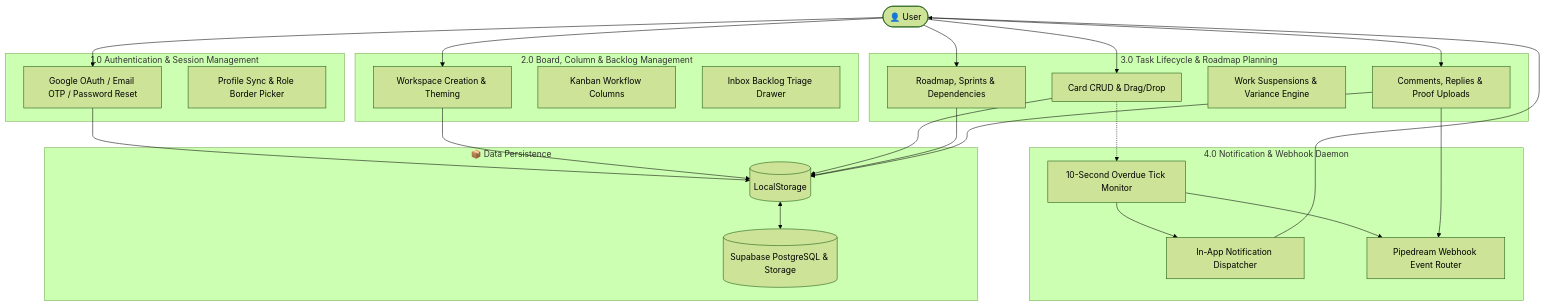
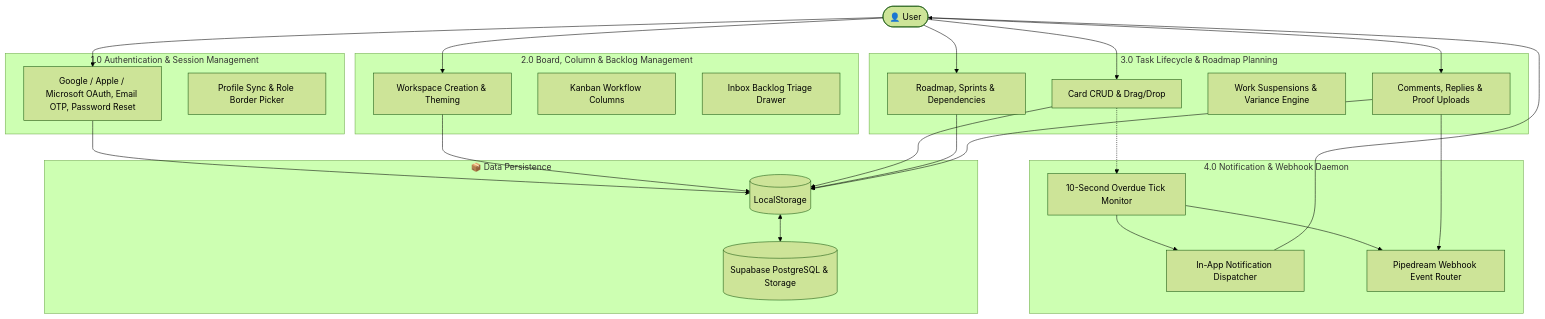
Before and after one commit to nextechph/Waypoint-by-NEXT: the third of 3 diagrams in README.md, drawn with Mermaid (forest theme). The commit also changed other lines of this file and 5 other files, not shown here.

First line of the commit message:
Add Apple and Microsoft sign-in

````diff
--- a/README.md
+++ b/README.md
@@ -237,53 +237,53 @@
 ```mermaid
 graph TD
     User([👤 User])
 
     subgraph P1 ["1.0 Authentication & Session Management"]
-        P1_1[Google OAuth / Email OTP / Password Reset]
+        P1_1[Google / Apple / Microsoft OAuth, Email OTP, Password Reset]
         P1_2[Profile Sync & Role Border Picker]
     end
 
     subgraph P2 ["2.0 Board, Column & Backlog Management"]
         P2_1[Workspace Creation & Theming]
         P2_2[Kanban Workflow Columns]
         P2_3[Inbox Backlog Triage Drawer]
     end
 
     subgraph P3 ["3.0 Task Lifecycle & Roadmap Planning"]
         P3_1[Card CRUD & Drag/Drop]
         P3_2[Roadmap, Sprints & Dependencies]
         P3_3[Work Suspensions & Variance Engine]
         P3_4[Comments, Replies & Proof Uploads]
     end
 
     subgraph P4 ["4.0 Notification & Webhook Daemon"]
         P4_1[10-Second Overdue Tick Monitor]
         P4_2[In-App Notification Dispatcher]
         P4_3[Pipedream Webhook Event Router]
     end
 
     subgraph Storage ["📦 Data Persistence"]
         Cache[(LocalStorage)]
         Cloud[(Supabase PostgreSQL & Storage)]
     end
 
     User --> P1_1
     User --> P2_1
     User --> P3_1
     User --> P3_2
     User --> P3_4
 
     P1_1 --> Cache
     P2_1 --> Cache
     P3_1 --> Cache
     P3_2 --> Cache
     P3_4 --> Cache
 
     Cache <--> Cloud
 
     P3_1 -.-> P4_1
     P4_1 --> P4_2
     P4_1 --> P4_3
     P3_4 --> P4_3
     P4_2 --> User
 ```
````
